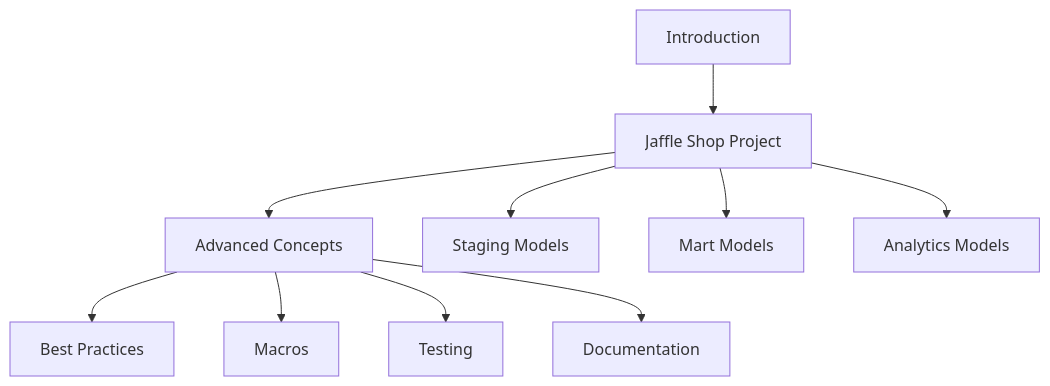
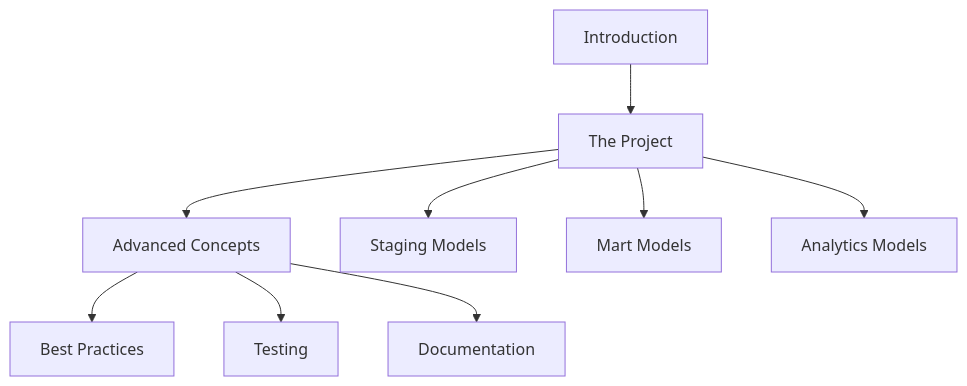
Before and after one commit to tjsoliveira/dbt_course: the diagram in docs/index.md, drawn with Mermaid. The commit also changed other lines of this file and 9 other files, not shown here.

````diff
--- a/docs/index.md
+++ b/docs/index.md
@@ -42,14 +43,13 @@
 ```mermaid
 graph TD
-    A[Introduction] --> B[Jaffle Shop Project]
+    A[Introduction] --> B[The Project]
     B --> C[Advanced Concepts]
     C --> D[Best Practices]
     
     B --> F[Staging Models]
     B --> G[Mart Models]
     B --> H[Analytics Models]
     
-    C --> I[Macros]
     C --> J[Testing]
     C --> K[Documentation]
 ```
````
